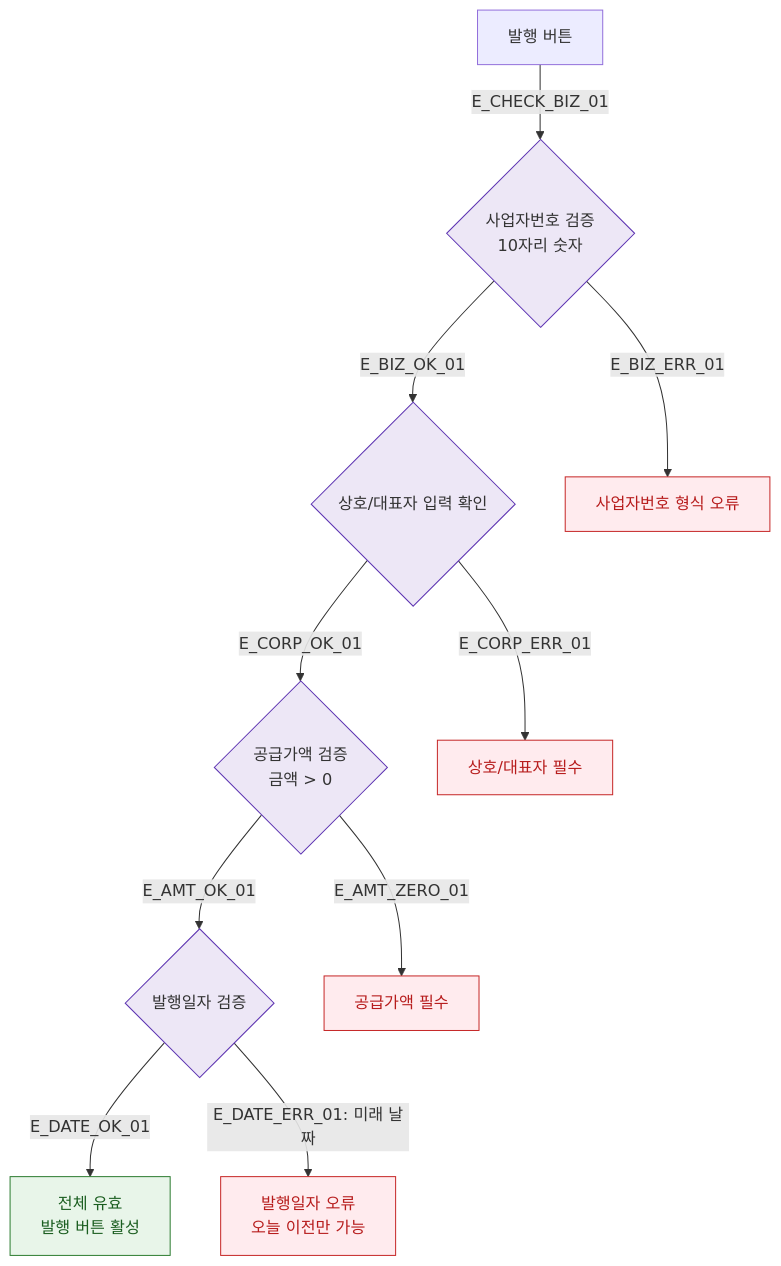
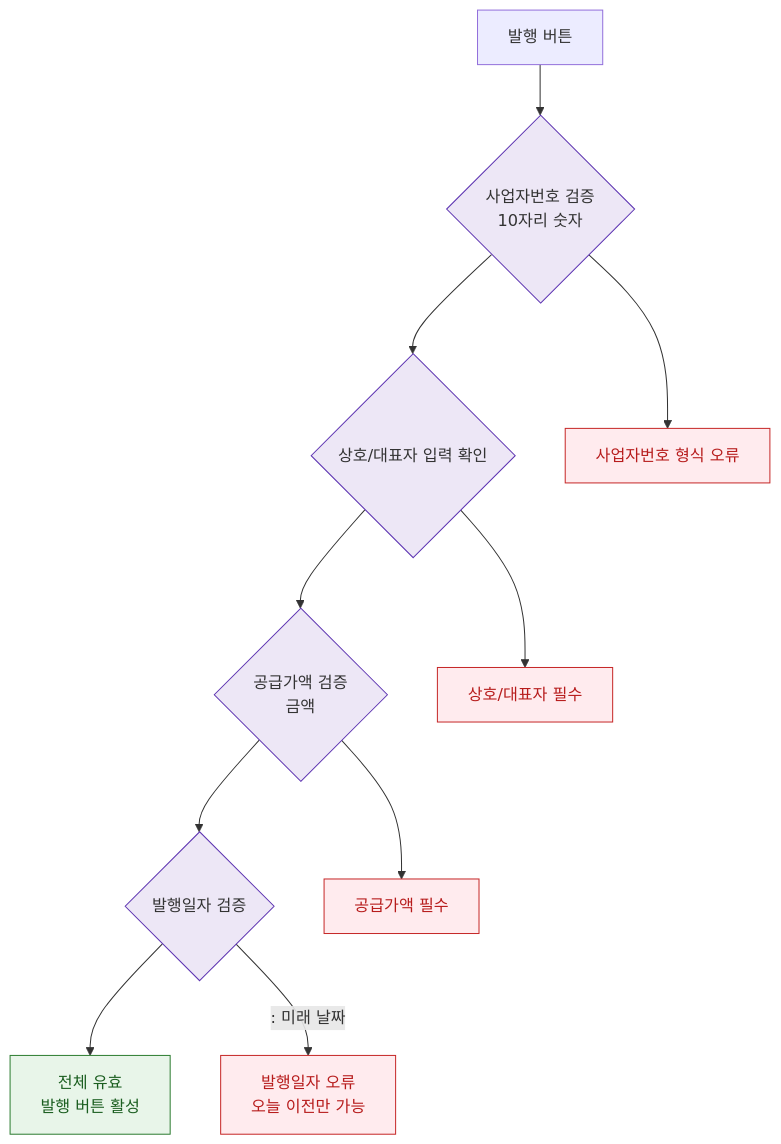
The diagram in docs/다이어그램/D03_매출관리/DLG-S011_세금계산서발행/M2_필드검증.md (dev-spogym/admin-pando), drawn with Mermaid before and after one commit. The commit also changed other lines of this file and 1660 other files, not shown here.

First line of the commit message:
다이어그램: 기획자/클라이언트 납품본으로 정리

````diff
--- a/docs/다이어그램/D03_매출관리/DLG-S011_세금계산서발행/M2_필드검증.md
+++ b/docs/다이어그램/D03_매출관리/DLG-S011_세금계산서발행/M2_필드검증.md
@@ -20,23 +18,23 @@
 ```mermaid
 flowchart TD
-    SUBMIT[발행 버튼] -->|E_CHECK_BIZ_01| BIZ_CHECK{사업자번호 검증\n10자리 숫자}
-    BIZ_CHECK -->|E_BIZ_OK_01| CORP_CHECK{상호/대표자 입력 확인}
-    BIZ_CHECK -->|E_BIZ_ERR_01| ERR_BIZ[사업자번호 형식 오류]
+    SUBMIT[발행 버튼] --> BIZ_CHECK{사업자번호 검증\n10자리 숫자}
+    BIZ_CHECK --> CORP_CHECK{상호/대표자 입력 확인}
+    BIZ_CHECK --> ERR_BIZ[사업자번호 형식 오류]
 
-    CORP_CHECK -->|E_CORP_OK_01| AMOUNT_CHECK{공급가액 검증\n금액 > 0}
-    CORP_CHECK -->|E_CORP_ERR_01| ERR_CORP[상호/대표자 필수]
+    CORP_CHECK --> AMOUNT_CHECK{공급가액 검증\n금액}
+    CORP_CHECK --> ERR_CORP[상호/대표자 필수]
 
-    AMOUNT_CHECK -->|E_AMT_OK_01| DATE_CHECK{발행일자 검증}
-    AMOUNT_CHECK -->|E_AMT_ZERO_01| ERR_AMOUNT[공급가액 필수]
+    AMOUNT_CHECK --> DATE_CHECK{발행일자 검증}
+    AMOUNT_CHECK --> ERR_AMOUNT[공급가액 필수]
 
-    DATE_CHECK -->|E_DATE_OK_01| ALL_VALID[전체 유효\n발행 버튼 활성]
-    DATE_CHECK -->|"E_DATE_ERR_01: 미래 날짜"| ERR_DATE[발행일자 오류\n오늘 이전만 가능]
+    DATE_CHECK --> ALL_VALID[전체 유효\n발행 버튼 활성]
+    DATE_CHECK -->|": 미래 날짜"|ERR_DATE[발행일자 오류\n오늘 이전만 가능]
 
     classDef system fill:#EDE7F6,stroke:#5E35B2
     classDef success fill:#E8F5E9,stroke:#2E7D32,color:#1B5E20
     classDef error fill:#FFEBEE,stroke:#C62828,color:#B71C1C
 
     class BIZ_CHECK,CORP_CHECK,AMOUNT_CHECK,DATE_CHECK system
     class ALL_VALID success
     class ERR_BIZ,ERR_CORP,ERR_AMOUNT,ERR_DATE error
 ```
````
